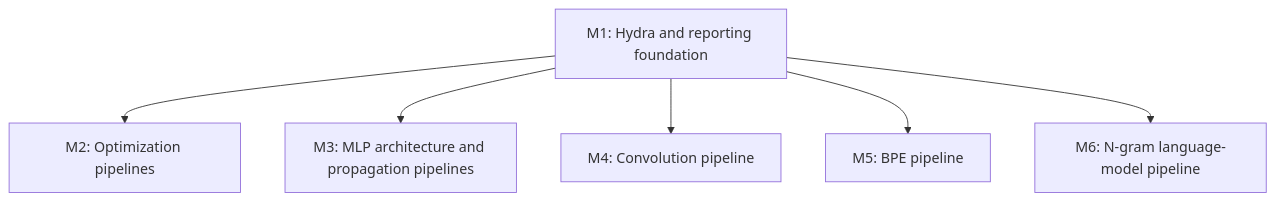
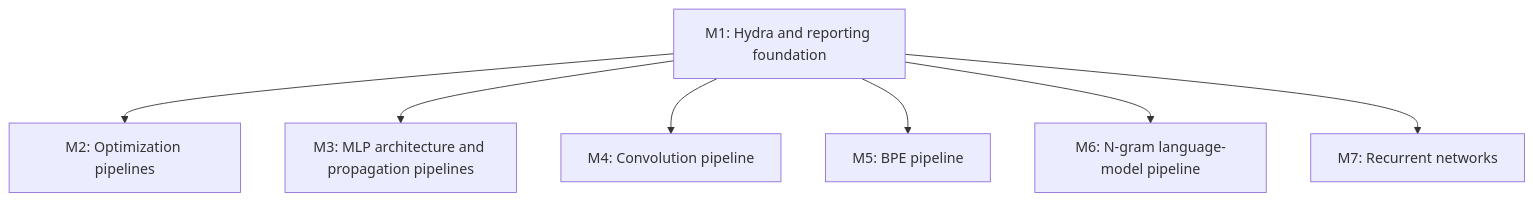
Before and after one commit to anton-pershin/spbu-neural-networks-teacher: diagram 12 of 12 in .internal/constitution-spec.md, drawn with Mermaid. The commit also changed other lines of this file and 26 other files, not shown here.

````diff
--- a/.internal/constitution-spec.md
+++ b/.internal/constitution-spec.md
@@ -203,8 +215,9 @@
 ```mermaid
 flowchart TD
   M1["M1: Hydra and reporting foundation"] --> M2["M2: Optimization pipelines"]
   M1 --> M3["M3: MLP architecture and propagation pipelines"]
   M1 --> M4["M4: Convolution pipeline"]
   M1 --> M5["M5: BPE pipeline"]
   M1 --> M6["M6: N-gram language-model pipeline"]
+  M1 --> M7["M7: Recurrent networks"]
 ```
````
